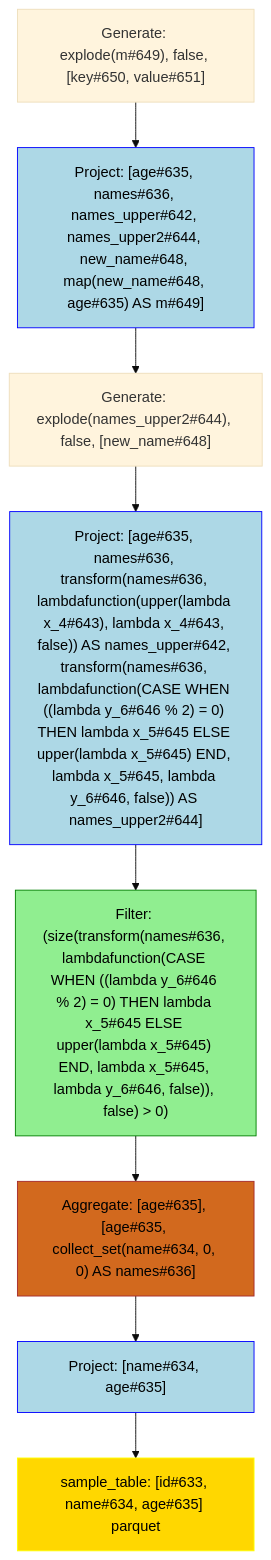
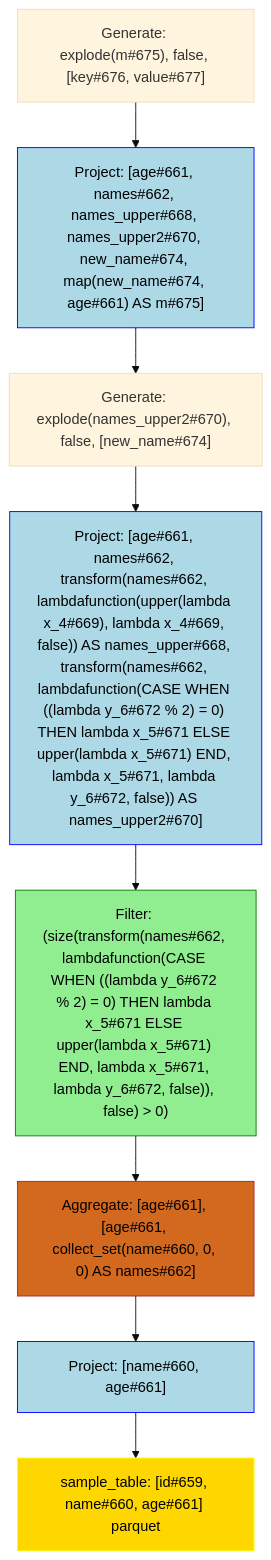
The diagram in data/visualization/explode.mmd (NielkNetraam/explainalyzed), drawn with Mermaid (base theme) before and after one commit. The commit also changed 31 other files, not shown here.

```diff
--- a/data/visualization/explode.mmd
+++ b/data/visualization/explode.mmd
@@ -1,25 +1,25 @@
 flowchart TD
     classDef PROJECT stroke:Blue,fill:LightBlue,color:black
     classDef FILTER stroke:Green,fill:LightGreen,color:black
     classDef UNION stroke:Purple,fill:Violet,color:black
     classDef JOIN stroke:DarkOrange,fill:Orange,color:black
     classDef RELATION stroke:Yellow,fill:Gold,color:black
     classDef AGGREGATE stroke:Brown,fill:Chocolate,color:black
     classDef WINDOW stroke:Aqua,fill:Cyan,color:black
 
-    Generate#00001["Generate: explode(m#649), false, [key#650, value#651]"]:::GENERATE
-    Project#00002["Project: [age#635, names#636, names_upper#642, names_upper2#644, new_name#648, map(new_name#648, age#635) AS m#649]"]:::PROJECT
-    Generate#00003["Generate: explode(names_upper2#644), false, [new_name#648]"]:::GENERATE
-    Project#00004["Project: [age#635, names#636, transform(names#636, lambdafunction(upper(lambda x_4#643), lambda x_4#643, false)) AS names_upper#642, transform(names#636, lambdafunction(CASE WHEN ((lambda y_6#646 % 2) = 0) THEN lambda x_5#645 ELSE upper(lambda x_5#645) END, lambda x_5#645, lambda y_6#646, false)) AS names_upper2#644]"]:::PROJECT
-    Filter#00005["Filter: (size(transform(names#636, lambdafunction(CASE WHEN ((lambda y_6#646 % 2) = 0) THEN lambda x_5#645 ELSE upper(lambda x_5#645) END, lambda x_5#645, lambda y_6#646, false)), false) > 0)"]:::FILTER
-    Aggregate#00006["Aggregate: [age#635], [age#635, collect_set(name#634, 0, 0) AS names#636]"]:::AGGREGATE
-    Project#00007["Project: [name#634, age#635]"]:::PROJECT
-    Relation#00008["sample_table: [id#633, name#634, age#635] parquet"]:::RELATION
+    Generate#00001["Generate: explode(m#675), false, [key#676, value#677]"]:::GENERATE
+    Project#00002["Project: [age#661, names#662, names_upper#668, names_upper2#670, new_name#674, map(new_name#674, age#661) AS m#675]"]:::PROJECT
+    Generate#00003["Generate: explode(names_upper2#670), false, [new_name#674]"]:::GENERATE
+    Project#00004["Project: [age#661, names#662, transform(names#662, lambdafunction(upper(lambda x_4#669), lambda x_4#669, false)) AS names_upper#668, transform(names#662, lambdafunction(CASE WHEN ((lambda y_6#672 % 2) = 0) THEN lambda x_5#671 ELSE upper(lambda x_5#671) END, lambda x_5#671, lambda y_6#672, false)) AS names_upper2#670]"]:::PROJECT
+    Filter#00005["Filter: (size(transform(names#662, lambdafunction(CASE WHEN ((lambda y_6#672 % 2) = 0) THEN lambda x_5#671 ELSE upper(lambda x_5#671) END, lambda x_5#671, lambda y_6#672, false)), false) > 0)"]:::FILTER
+    Aggregate#00006["Aggregate: [age#661], [age#661, collect_set(name#660, 0, 0) AS names#662]"]:::AGGREGATE
+    Project#00007["Project: [name#660, age#661]"]:::PROJECT
+    Relation#00008["sample_table: [id#659, name#660, age#661] parquet"]:::RELATION
 
     Generate#00001 --> Project#00002
         Project#00002 --> Generate#00003
             Generate#00003 --> Project#00004
                 Project#00004 --> Filter#00005
                     Filter#00005 --> Aggregate#00006
                         Aggregate#00006 --> Project#00007
                             Project#00007 --> Relation#00008
```
